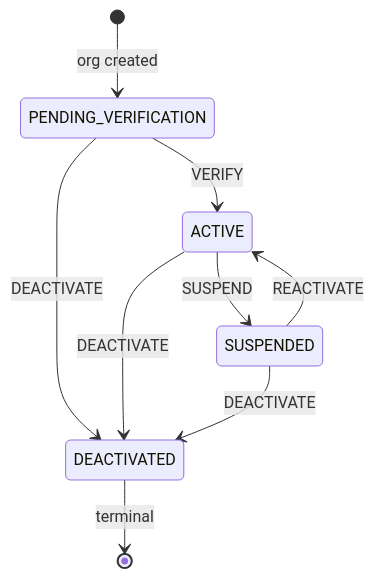
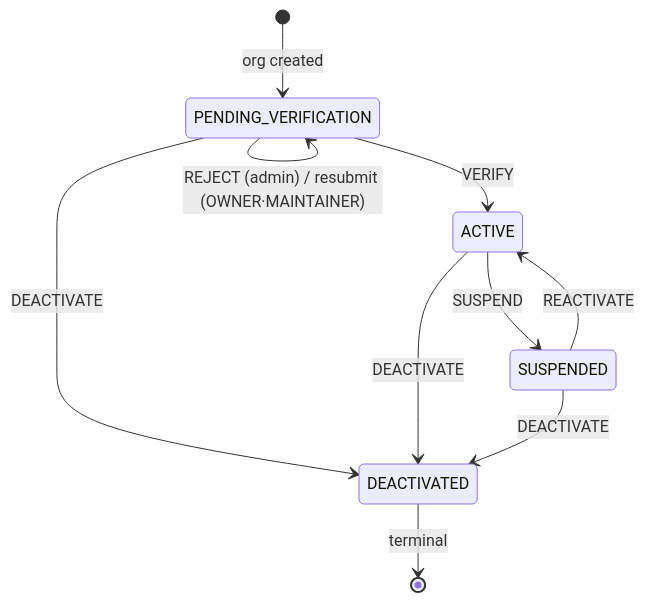
The first of 5 diagrams in docs/enterprise/04-organization-lifecycle.md (Practitionist/familiarise_web), drawn with Mermaid before and after one commit. The commit also changed other lines of this file and 46 other files, not shown here.

````diff
--- a/docs/enterprise/04-organization-lifecycle.md
+++ b/docs/enterprise/04-organization-lifecycle.md
@@ -19,11 +19,12 @@
 ```mermaid
 stateDiagram-v2
   [*] --> PENDING_VERIFICATION: org created
+  PENDING_VERIFICATION --> PENDING_VERIFICATION: REJECT (admin) / resubmit (OWNER·MAINTAINER)
   PENDING_VERIFICATION --> ACTIVE: VERIFY
   PENDING_VERIFICATION --> DEACTIVATED: DEACTIVATE
   ACTIVE --> SUSPENDED: SUSPEND
   SUSPENDED --> ACTIVE: REACTIVATE
   ACTIVE --> DEACTIVATED: DEACTIVATE
   SUSPENDED --> DEACTIVATED: DEACTIVATE
   DEACTIVATED --> [*]: terminal
 ```
````
